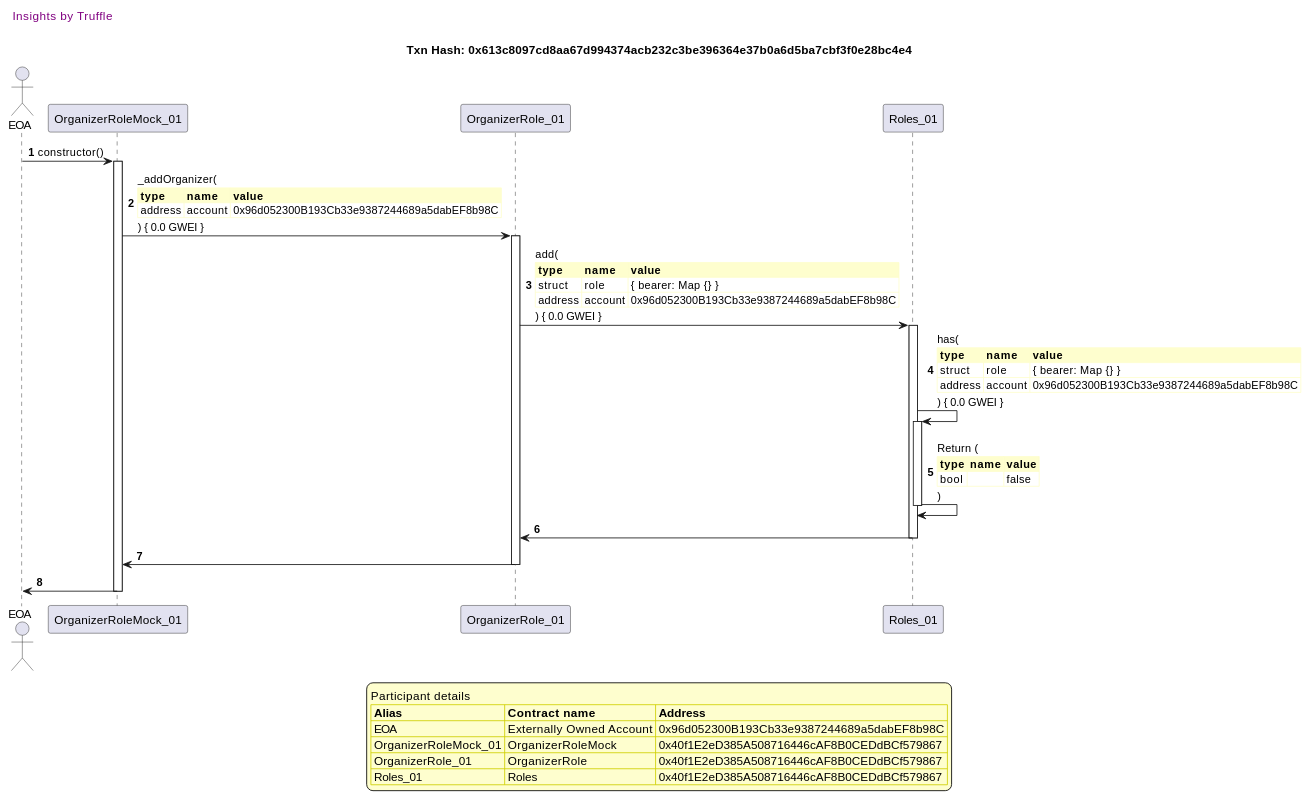
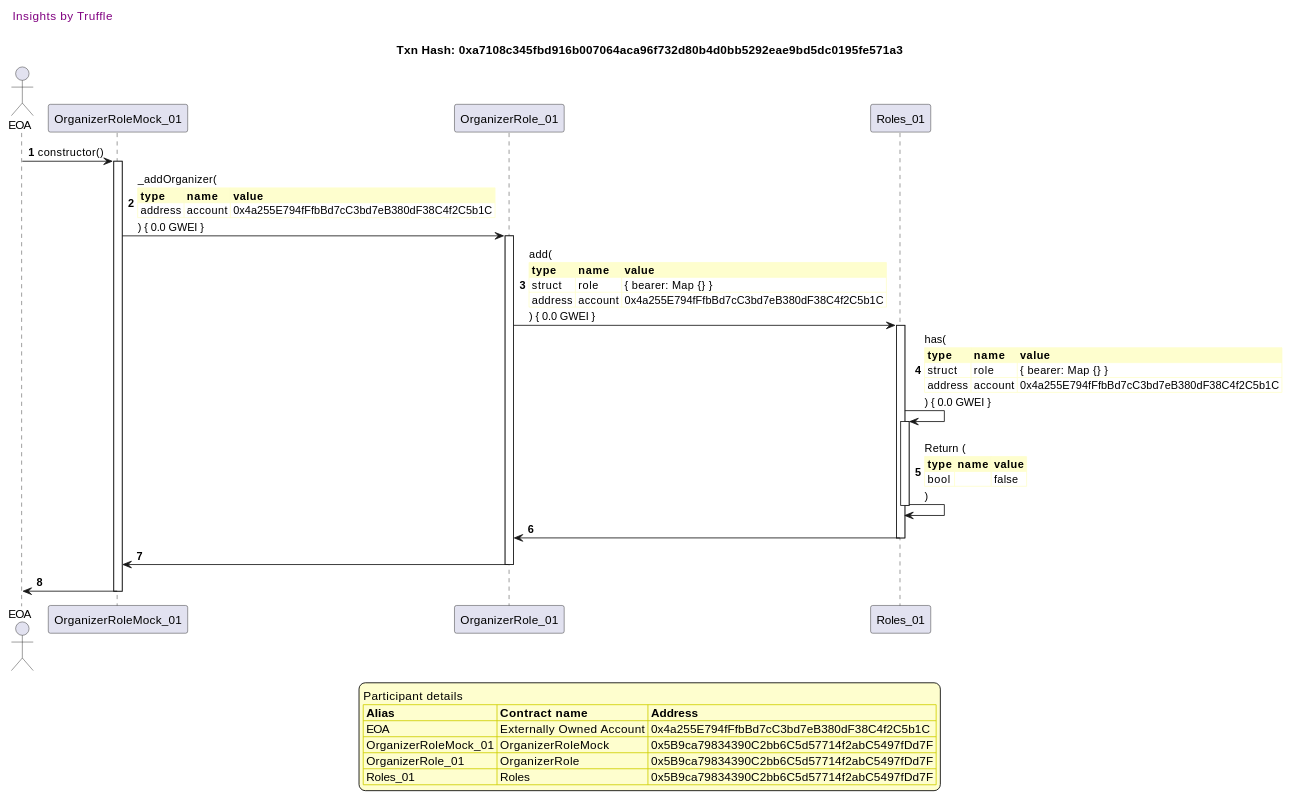
Diagram 15 of 41 in truffle-seq/roles_organizerrole.md (fodisi/hackapay), drawn with PlantUML before and after one commit. The commit also changed other lines of this file and 10 other files, not shown here.

````diff
--- a/truffle-seq/roles_organizerrole.md
+++ b/truffle-seq/roles_organizerrole.md
@@ -1141,61 +1141,61 @@
 ```plantuml
 
 
 @startuml
 
 autonumber
 skinparam legendBackgroundColor #FEFECE
 
 <style>
       header {
         HorizontalAlignment left
         FontColor purple
         FontSize 14
         Padding 10
       }
     </style>
 
 header Insights by Truffle
 
-title Txn Hash: 0x613c8097cd8aa67d994374acb232c3be396364e37b0a6d5ba7cbf3f0e28bc4e4
+title Txn Hash: 0xa7108c345fbd916b007064aca96f732d80b4d0bb5292eae9bd5dc0195fe571a3
 
 
 actor EOA as "EOA"
 participant OrganizerRoleMock_01 as "OrganizerRoleMock_01"
 participant OrganizerRole_01 as "OrganizerRole_01"
 participant Roles_01 as "Roles_01"
 
 "EOA" -> "OrganizerRoleMock_01" ++: constructor()
 "OrganizerRoleMock_01" -> "OrganizerRole_01" ++: _addOrganizer(\n\
 <#FEFECE,#FEFECE>|= type |= name |= value |\n\
-| address | account | 0x96d052300B193Cb33e9387244689a5dabEF8b98C |\n\
+| address | account | 0x4a255E794fFfbBd7cC3bd7eB380dF38C4f2C5b1C |\n\
 ) { 0.0 GWEI }
 "OrganizerRole_01" -> "Roles_01" ++: add(\n\
 <#FEFECE,#FEFECE>|= type |= name |= value |\n\
 | struct | role | { bearer: Map {} } |\n\
-| address | account | 0x96d052300B193Cb33e9387244689a5dabEF8b98C |\n\
+| address | account | 0x4a255E794fFfbBd7cC3bd7eB380dF38C4f2C5b1C |\n\
 ) { 0.0 GWEI }
 "Roles_01" -> "Roles_01" ++: has(\n\
 <#FEFECE,#FEFECE>|= type |= name |= value |\n\
 | struct | role | { bearer: Map {} } |\n\
-| address | account | 0x96d052300B193Cb33e9387244689a5dabEF8b98C |\n\
+| address | account | 0x4a255E794fFfbBd7cC3bd7eB380dF38C4f2C5b1C |\n\
 ) { 0.0 GWEI }
 "Roles_01" -> "Roles_01" --: Return (\n\
 <#FEFECE,#FEFECE>|= type |= name |= value |\n\
 | bool |  | false |\n\
 )
 "Roles_01" -> "OrganizerRole_01" --: 
 "OrganizerRole_01" -> "OrganizerRoleMock_01" --: 
 "OrganizerRoleMock_01" -> "EOA" --: 
 
 legend
 Participant details
 <#FEFECE,#D0D000>|= Alias |= Contract name |= Address |
-<#FEFECE>| EOA | Externally Owned Account | 0x96d052300B193Cb33e9387244689a5dabEF8b98C |
-<#FEFECE>| OrganizerRoleMock_01 | OrganizerRoleMock | 0x40f1E2eD385A508716446cAF8B0CEDdBCf579867 |
-<#FEFECE>| OrganizerRole_01 | OrganizerRole | 0x40f1E2eD385A508716446cAF8B0CEDdBCf579867 |
-<#FEFECE>| Roles_01 | Roles | 0x40f1E2eD385A508716446cAF8B0CEDdBCf579867 |
+<#FEFECE>| EOA | Externally Owned Account | 0x4a255E794fFfbBd7cC3bd7eB380dF38C4f2C5b1C |
+<#FEFECE>| OrganizerRoleMock_01 | OrganizerRoleMock | 0x5B9ca79834390C2bb6C5d57714f2abC5497fDd7F |
+<#FEFECE>| OrganizerRole_01 | OrganizerRole | 0x5B9ca79834390C2bb6C5d57714f2abC5497fDd7F |
+<#FEFECE>| Roles_01 | Roles | 0x5B9ca79834390C2bb6C5d57714f2abC5497fDd7F |
 endlegend
 
 @enduml
 ```
````
